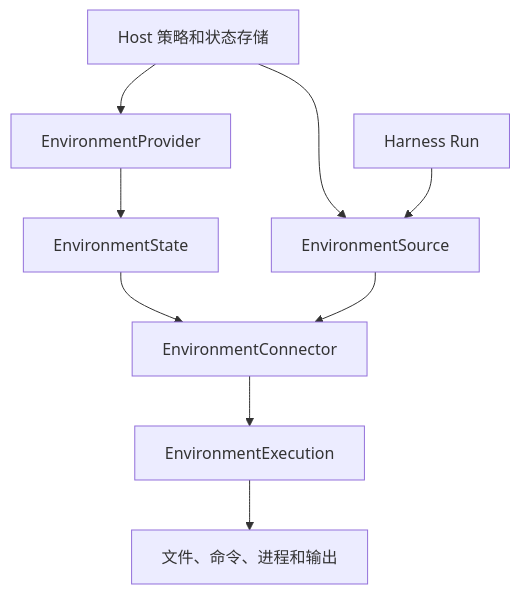
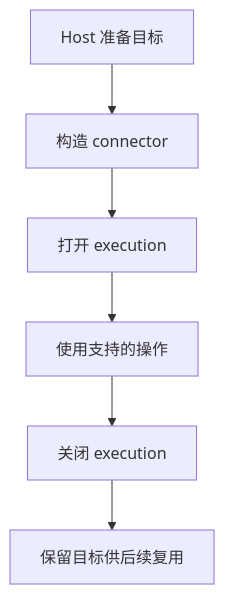
One commit to Jarvis636431/agent-foundation changed the diagram in docs/environments/index.zh-CN.md. Above: the diagram before and after it, drawn with Mermaid. The commit also changed other lines of this file and 202 other files, not shown here.

````diff
--- a/docs/environments/index.zh-CN.md
+++ b/docs/environments/index.zh-CN.md
@@ -57,11 +55,11 @@
 ```mermaid
 flowchart TB
-    Host[Host 策略和状态存储] --> Management[EnvironmentProvider]
-    Management --> State[EnvironmentState]
-    State --> Connector[EnvironmentConnector]
-    Connector --> Execution[EnvironmentExecution]
-    Execution --> Operations[文件、命令、进程和输出]
-    Host --> Source[EnvironmentSource]
-    Source --> Connector
-    Harness[Harness Run] --> Source
+    Host[Host 准备目标] --> Connector[构造 connector]
+    Connector --> Execution[打开 execution]
+    Execution --> Operations[使用支持的操作]
+    Operations --> Close[关闭 execution]
+    Close --> Target[保留目标供后续复用]
+    class Host app
+    class Connector,Execution,Operations,Close a13n
+    class Target store
 ```
````
